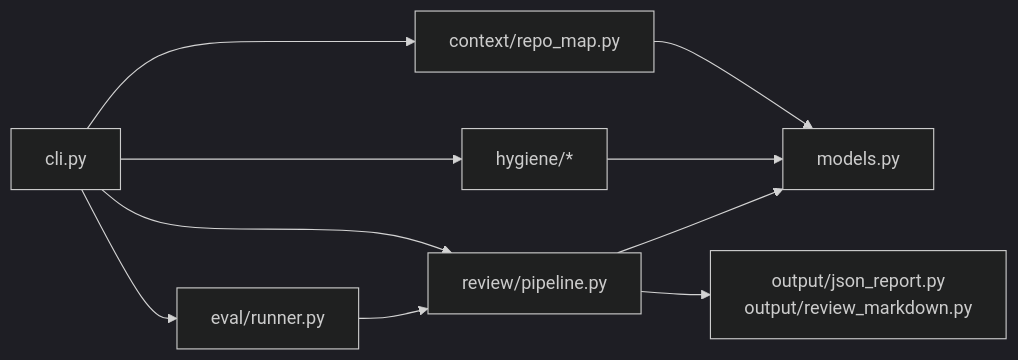
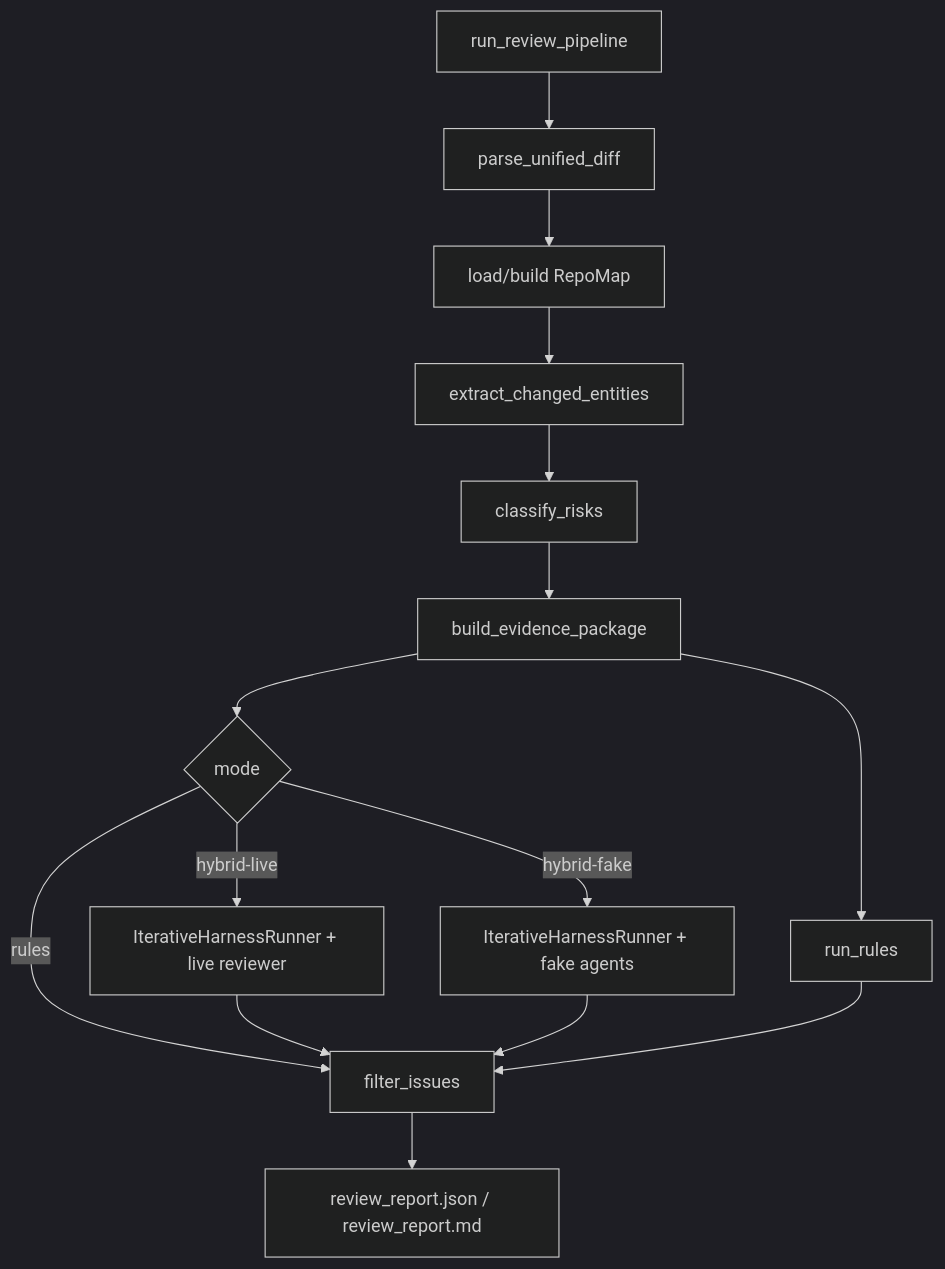
Before and after one commit to wsh-prime/code-review-agent: the second of 5 diagrams in docs/architecture_overview.md, drawn with Mermaid (dark theme). The commit also changed other lines of this file and 20 other files, not shown here.

````diff
--- a/docs/architecture_overview.md
+++ b/docs/architecture_overview.md
@@ -107,14 +80,19 @@
 ```mermaid
-flowchart LR
-    CLI[cli.py] --> Map[context/repo_map.py]
-    CLI --> Hygiene[hygiene/*]
-    CLI --> Review[review/pipeline.py]
-    CLI --> Eval[eval/runner.py]
+flowchart TD
+    Start[run_review_pipeline] --> Parse[parse_unified_diff]
+    Parse --> Map[load/build RepoMap]
+    Map --> Entities[extract_changed_entities]
+    Entities --> Risk[classify_risks]
+    Risk --> Package[build_evidence_package]
+    Package --> RuleFindings[run_rules]
 
-    Map --> Models[models.py]
-    Hygiene --> Models
-    Review --> Models
-    Eval --> Review
+    Package --> Mode{mode}
+    Mode -->|rules| Filter[filter_issues]
+    Mode -->|hybrid-fake| Loop[IterativeHarnessRunner + fake agents]
+    Mode -->|hybrid-live| LiveLoop[IterativeHarnessRunner + live reviewer]
 
-    Review --> Output[output/json_report.py<br/>output/review_markdown.py]
+    LiveLoop --> Filter
+    Loop --> Filter
+    RuleFindings --> Filter
+    Filter --> Output[review_report.json / review_report.md]
 ```
````
